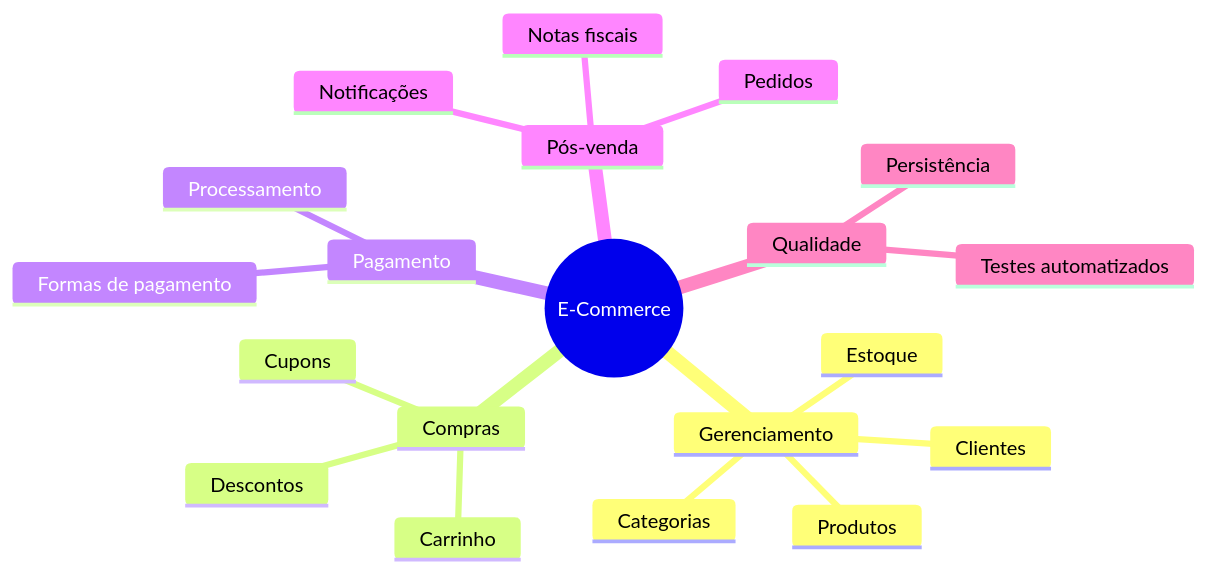
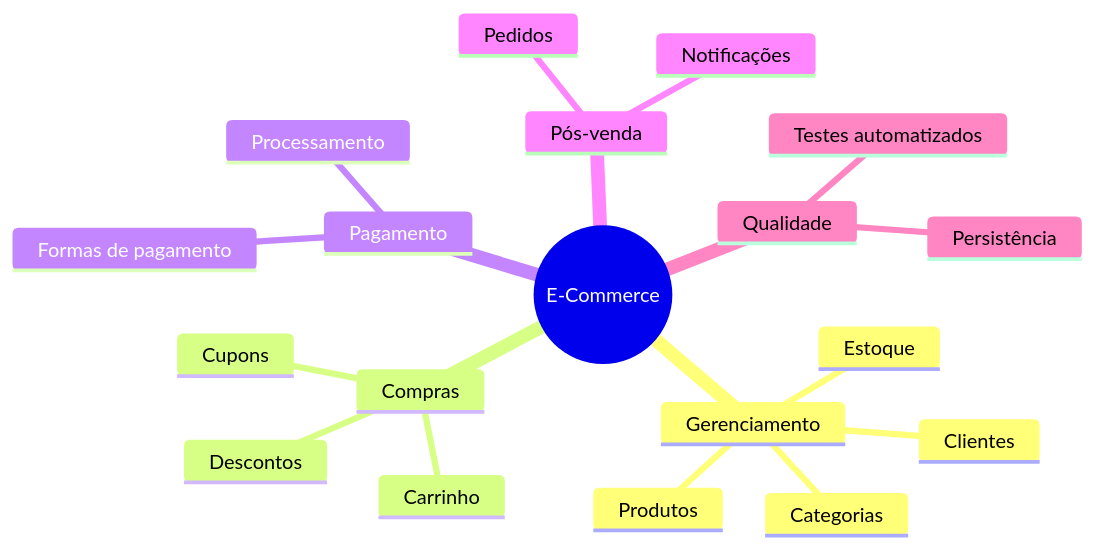
One commit to eduardo-da-silva/poo2 changed the first of 3 diagrams in docs/aula1/projetos.md. Above: the diagram before and after it, drawn with Mermaid. The commit also changed other lines of this file and 26 other files, not shown here.

````diff
--- a/docs/aula1/projetos.md
+++ b/docs/aula1/projetos.md
@@ -12,23 +12,22 @@
 ```mermaid
 mindmap
   root((E-Commerce))
     Gerenciamento
       Produtos
       Categorias
       Clientes
       Estoque
     Compras
       Carrinho
       Cupons
       Descontos
     Pagamento
       Formas de pagamento
       Processamento
     Pós-venda
       Pedidos
-      Notas fiscais
       Notificações
     Qualidade
       Persistência
       Testes automatizados
 ```
````
